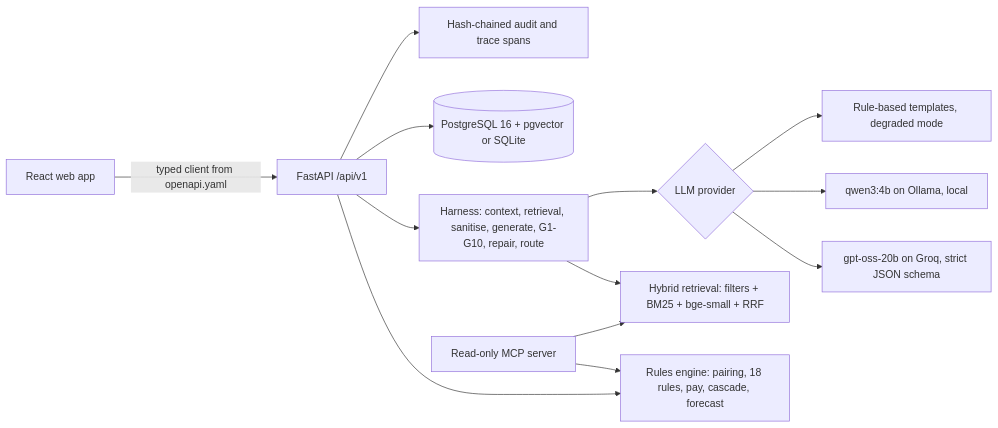
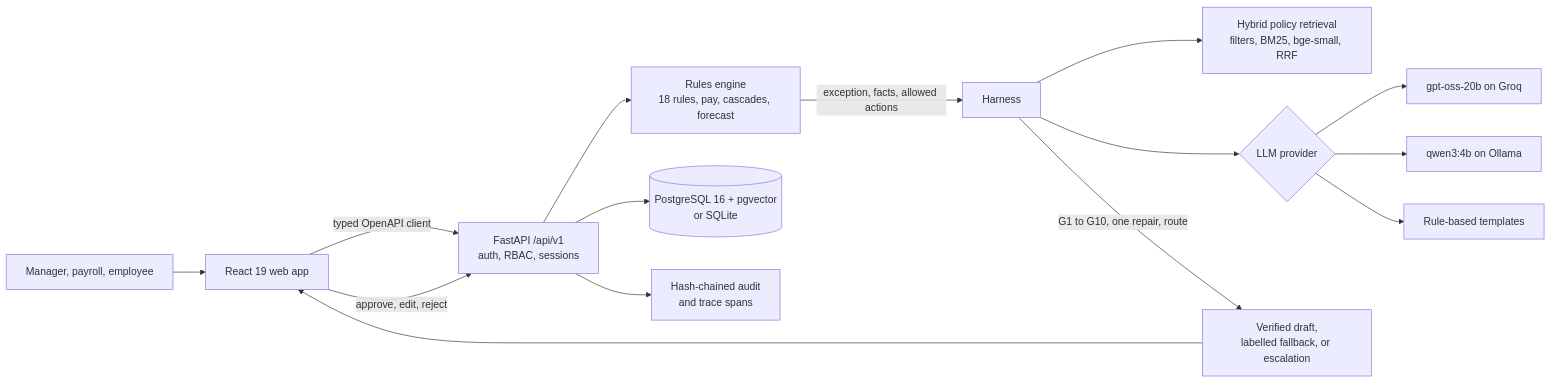
Before and after one commit to sampv69git/Dayforce: the diagram in README.md, drawn with Mermaid. The commit also changed other lines of this file and 48 other files, not shown here.

````diff
--- a/README.md
+++ b/README.md
@@ -136,15 +46,17 @@
 ```mermaid
 flowchart LR
-  W[React web app] -->|typed client from openapi.yaml| A[FastAPI /api/v1]
-  A --> E[Rules engine: pairing, 18 rules, pay, cascade, forecast]
-  A --> H[Harness: context, retrieval, sanitise, generate, G1-G10, repair, route]
-  H --> R[Hybrid retrieval: filters + BM25 + bge-small + RRF]
+  U[Manager, payroll, employee] --> W[React 19 web app]
+  W -->|typed OpenAPI client| A[FastAPI /api/v1<br/>auth, RBAC, sessions]
+  A --> E[Rules engine<br/>18 rules, pay, cascades, forecast]
+  E -->|exception, facts, allowed actions| H[Harness]
+  H --> R[Hybrid policy retrieval<br/>filters, BM25, bge-small, RRF]
   H --> L{LLM provider}
-  L --> G[gpt-oss-20b on Groq, strict JSON schema]
-  L --> O[qwen3:4b on Ollama, local]
-  L --> T[Rule-based templates, degraded mode]
-  A --> D[(PostgreSQL 16 + pgvector or SQLite)]
-  A --> AU[Hash-chained audit and trace spans]
-  MCP[Read-only MCP server] --> E
-  MCP --> R
+  L --> G[gpt-oss-20b on Groq]
+  L --> O[qwen3:4b on Ollama]
+  L --> T[Rule-based templates]
+  H -->|G1 to G10, one repair, route| V[Verified draft,<br/>labelled fallback, or escalation]
+  V --> W
+  W -->|approve, edit, reject| A
+  A --> D[(PostgreSQL 16 + pgvector<br/>or SQLite)]
+  A --> AU[Hash-chained audit<br/>and trace spans]
 ```
````
